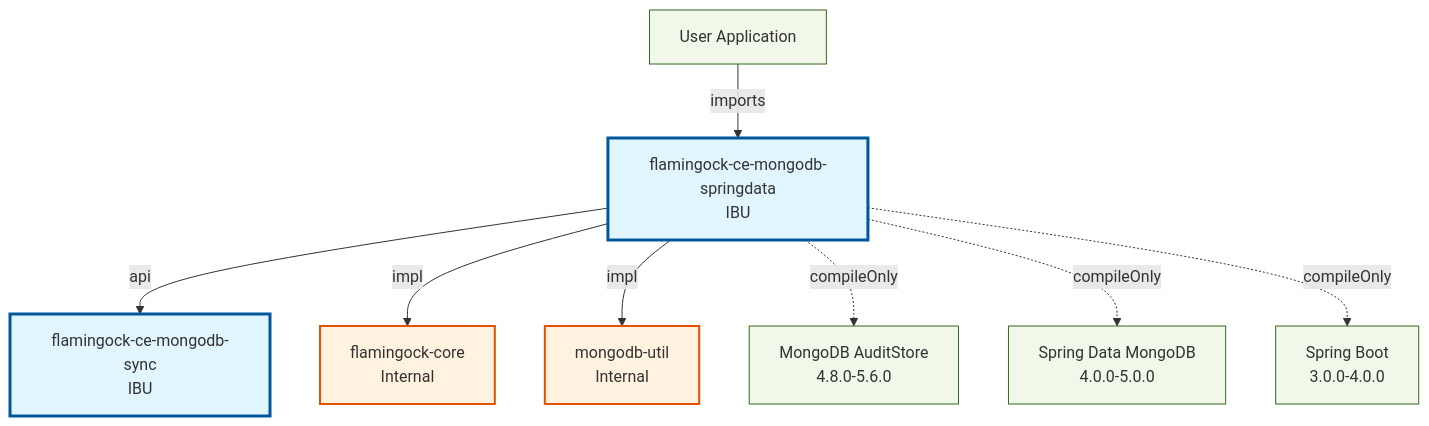
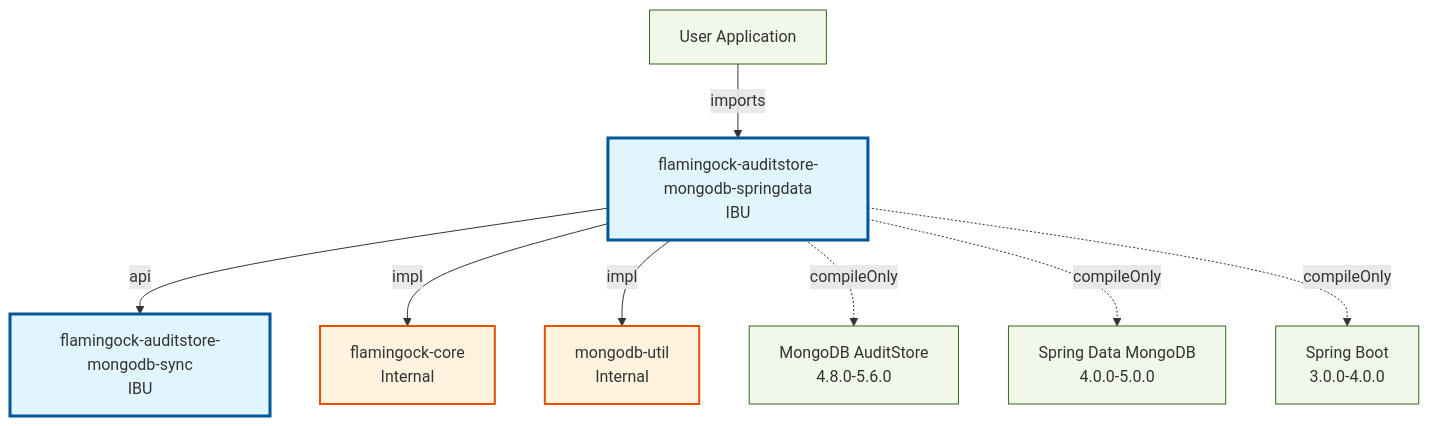
Before and after one commit to flamingock/flamingock-java: the fourth of 6 diagrams in docs/ARCHITECTURE_OVERVIEW.md, drawn with Mermaid. The commit also changed other lines of this file and 117 other files, not shown here.

````diff
--- a/docs/ARCHITECTURE_OVERVIEW.md
+++ b/docs/ARCHITECTURE_OVERVIEW.md
@@ -323,25 +323,25 @@
 ```mermaid
 graph TB
     classDef ibu fill:#e1f5fe,stroke:#01579b,stroke-width:3px
     classDef ubu fill:#f3e5f5,stroke:#4a148c,stroke-width:3px
     classDef internal fill:#fff3e0,stroke:#e65100,stroke-width:2px
     classDef external fill:#f1f8e9,stroke:#33691e,stroke-width:1px
 
     User[User Application]:::external
-    User -->|imports| flamingock-ce-mongodb-springdata
+    User -->|imports| flamingock-auditstore-mongodb-springdata
     
-    flamingock-ce-mongodb-springdata[flamingock-ce-mongodb-springdata<br/>IBU]:::ibu
-    flamingock-ce-mongodb-sync[flamingock-ce-mongodb-sync<br/>IBU]:::ibu
+    flamingock-auditstore-mongodb-springdata[flamingock-auditstore-mongodb-springdata<br/>IBU]:::ibu
+    flamingock-auditstore-mongodb-sync[flamingock-auditstore-mongodb-sync<br/>IBU]:::ibu
     flamingock-core[flamingock-core<br/>Internal]:::internal
     mongodb-util[mongodb-util<br/>Internal]:::internal
     MongoAuditStore[MongoDB AuditStore<br/>4.8.0-5.6.0]:::external
     SpringData[Spring Data MongoDB<br/>4.0.0-5.0.0]:::external
     SpringBoot[Spring Boot<br/>3.0.0-4.0.0]:::external
     
-    flamingock-ce-mongodb-springdata -->|api| flamingock-ce-mongodb-sync
-    flamingock-ce-mongodb-springdata -->|impl| flamingock-core
-    flamingock-ce-mongodb-springdata -->|impl| mongodb-util
-    flamingock-ce-mongodb-springdata -.->|compileOnly| MongoAuditStore
-    flamingock-ce-mongodb-springdata -.->|compileOnly| SpringData
-    flamingock-ce-mongodb-springdata -.->|compileOnly| SpringBoot
+    flamingock-auditstore-mongodb-springdata -->|api| flamingock-auditstore-mongodb-sync
+    flamingock-auditstore-mongodb-springdata -->|impl| flamingock-core
+    flamingock-auditstore-mongodb-springdata -->|impl| mongodb-util
+    flamingock-auditstore-mongodb-springdata -.->|compileOnly| MongoAuditStore
+    flamingock-auditstore-mongodb-springdata -.->|compileOnly| SpringData
+    flamingock-auditstore-mongodb-springdata -.->|compileOnly| SpringBoot
 ```
````
